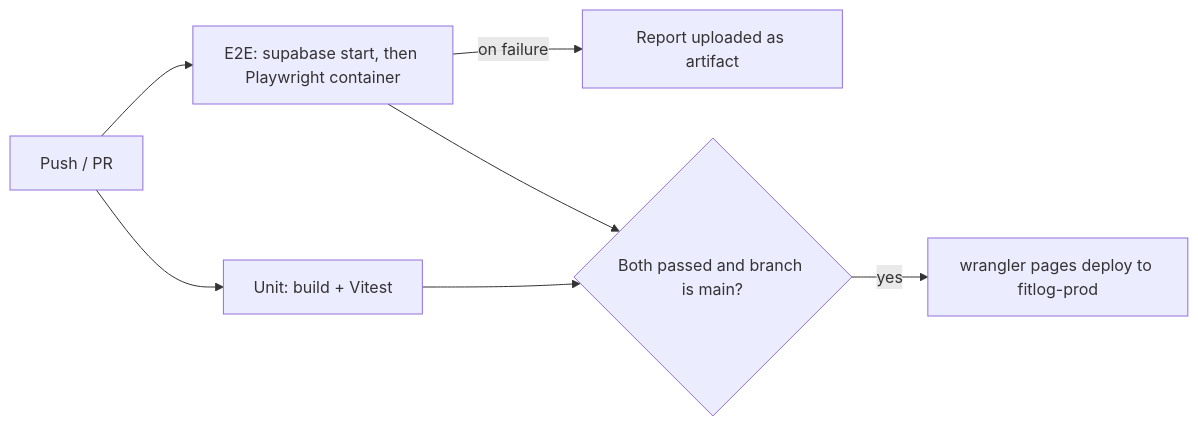
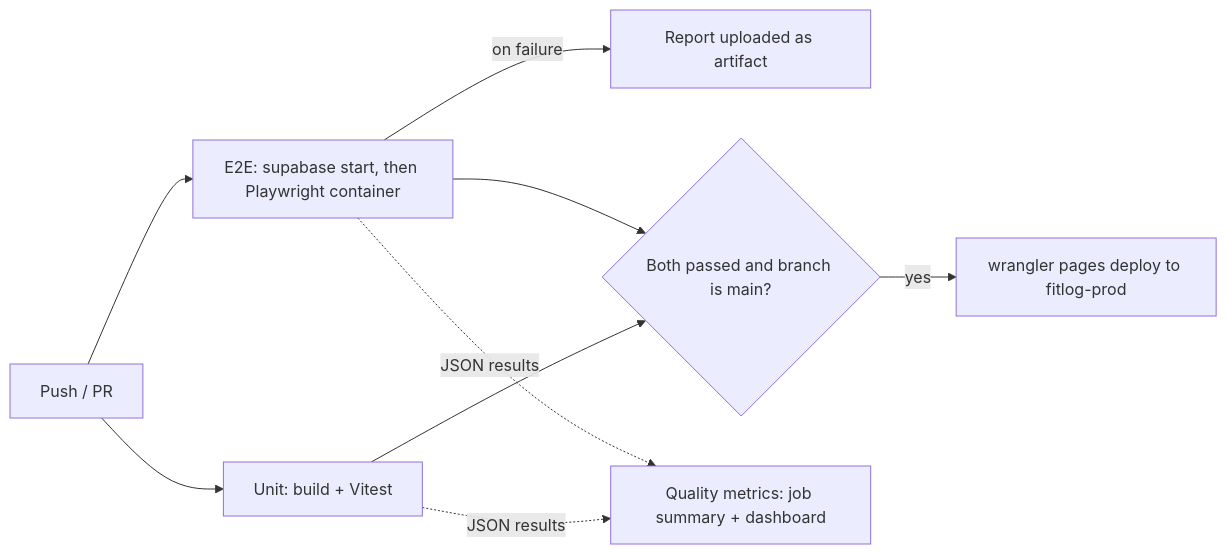
The second of 2 diagrams in README.md (kakaul94-prof/FitLog), drawn with Mermaid before and after one commit. The commit also changed other lines of this file and 16 other files, not shown here.

First line of the commit message:
Track test pass rate, flaky tests and duration on a quality dashboard

````diff
--- a/README.md
+++ b/README.md
@@ -94,9 +94,11 @@
 ```mermaid
 flowchart LR
   PUSH[Push / PR] --> UNIT[Unit: build + Vitest]
   PUSH --> E2E[E2E: supabase start, then Playwright container]
   E2E -- on failure --> ART[Report uploaded as artifact]
   UNIT --> GATE{Both passed and branch is main?}
   E2E --> GATE
   GATE -- yes --> DEPLOY[wrangler pages deploy to fitlog-prod]
+  UNIT -. JSON results .-> METRICS[Quality metrics: job summary + dashboard]
+  E2E -. JSON results .-> METRICS
 ```
````
